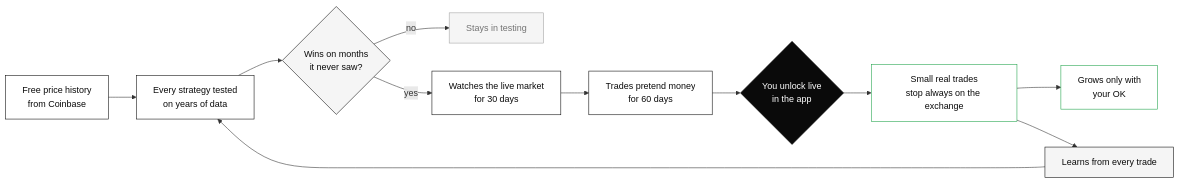
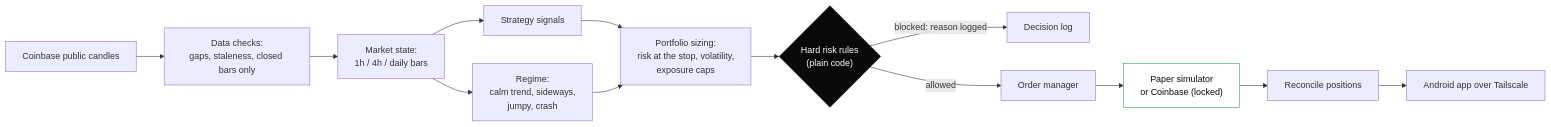
Before and after one commit to F0rger123/ultimate-claude-code-trading-skills: the first of 2 diagrams in README.md, drawn with Mermaid. The commit also changed other lines of this file and 62 other files, not shown here.

````diff
--- a/README.md
+++ b/README.md
@@ -61,23 +88,17 @@
 ```mermaid
 flowchart LR
-  A["Free price history<br/>from Coinbase"] --> B["Every strategy tested<br/>on years of data"]
-  B --> C{"Wins on months<br/>it never saw?"}
-  C -- no --> X["Stays in testing"]
-  C -- yes --> D["Watches the live market<br/>for 30 days"]
-  D --> E["Trades pretend money<br/>for 60 days"]
-  E --> F{"You unlock live<br/>in the app"}
-  F --> G["Small real trades<br/>stop always on the exchange"]
-  G --> H["Grows only with<br/>your OK"]
-  G --> L["Learns from every trade"]
-  L --> B
-  style A fill:#ffffff,stroke:#0a0a0a,color:#0a0a0a
-  style B fill:#ffffff,stroke:#0a0a0a,color:#0a0a0a
-  style C fill:#f5f5f5,stroke:#0a0a0a,color:#0a0a0a
-  style X fill:#f5f5f5,stroke:#a3a3a3,color:#737373
-  style D fill:#ffffff,stroke:#0a0a0a,color:#0a0a0a
-  style E fill:#ffffff,stroke:#0a0a0a,color:#0a0a0a
-  style F fill:#0a0a0a,stroke:#0a0a0a,color:#ffffff
-  style G fill:#ffffff,stroke:#1fa34a,color:#0a0a0a
-  style H fill:#ffffff,stroke:#1fa34a,color:#0a0a0a
-  style L fill:#f5f5f5,stroke:#0a0a0a,color:#0a0a0a
+  A["Coinbase public candles"] --> B["Data checks:<br/>gaps, staleness, closed bars only"]
+  B --> C["Market state:<br/>1h / 4h / daily bars"]
+  C --> D["Strategy signals"]
+  C --> E["Regime:<br/>calm trend, sideways,<br/>jumpy, crash"]
+  D --> F["Portfolio sizing:<br/>risk at the stop, volatility,<br/>exposure caps"]
+  E --> F
+  F --> G{"Hard risk rules<br/>(plain code)"}
+  G -- "blocked: reason logged" --> L["Decision log"]
+  G -- "allowed" --> H["Order manager"]
+  H --> I["Paper simulator<br/>or Coinbase (locked)"]
+  I --> J["Reconcile positions"]
+  J --> K["Android app over Tailscale"]
+  style G fill:#0a0a0a,color:#ffffff,stroke:#0a0a0a
+  style I fill:#ffffff,stroke:#1fa34a,color:#0a0a0a
 ```
````
